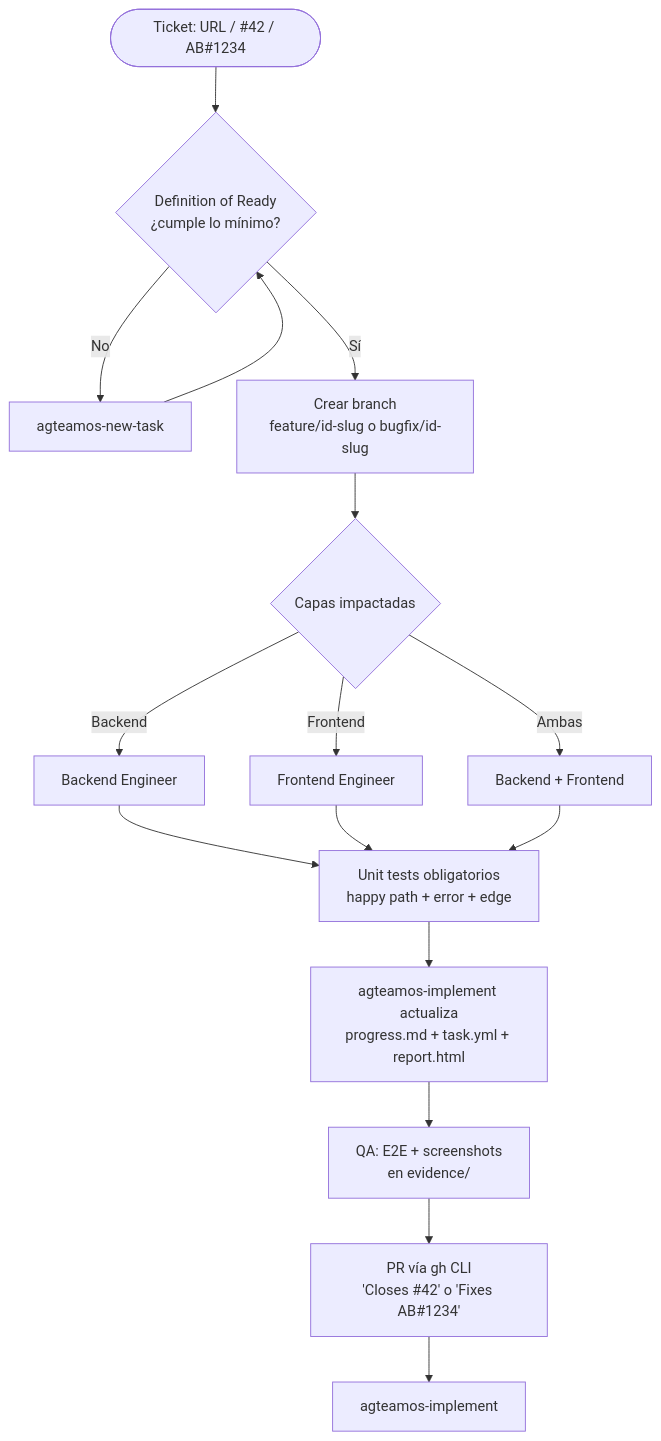
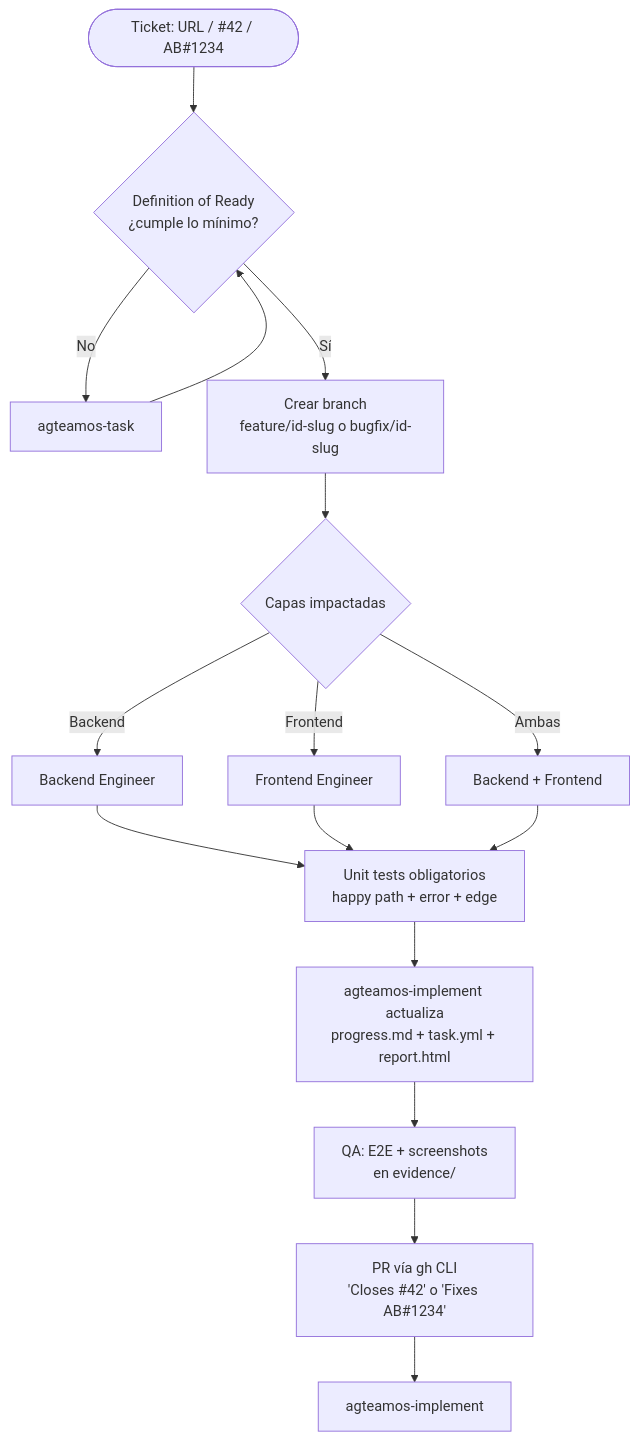
The second of 2 diagrams in agteamos/docs/guias/crear-y-cerrar-una-tarea.md (EJBereguete/claude-plugins), drawn with Mermaid before and after one commit. The commit also changed other lines of this file and 53 other files, not shown here.

````diff
--- a/agteamos/docs/guias/crear-y-cerrar-una-tarea.md
+++ b/agteamos/docs/guias/crear-y-cerrar-una-tarea.md
@@ -43,16 +43,16 @@
 ```mermaid
 flowchart TD
     START(["Ticket: URL / #42 / AB#1234"]) --> DOR{"Definition of Ready\n¿cumple lo mínimo?"}
-    DOR -->|No| CLARIFY[agteamos-new-task]
+    DOR -->|No| CLARIFY[agteamos-task]
     CLARIFY --> DOR
     DOR -->|Sí| BRANCH["Crear branch\nfeature/id-slug o bugfix/id-slug"]
     BRANCH --> LAYERS{Capas impactadas}
     LAYERS -->|Backend| BE[Backend Engineer]
     LAYERS -->|Frontend| FE[Frontend Engineer]
     LAYERS -->|Ambas| BOTH[Backend + Frontend]
     BE & FE & BOTH --> TESTS["Unit tests obligatorios\nhappy path + error + edge"]
     TESTS --> TRACK["agteamos-implement actualiza\nprogress.md + task.yml + report.html"]
     TRACK --> E2E["QA: E2E + screenshots\nen evidence/"]
     E2E --> PR["PR vía gh CLI\n'Closes #42' o 'Fixes AB#1234'"]
     PR --> CLOSE[agteamos-implement]
 ```
````
